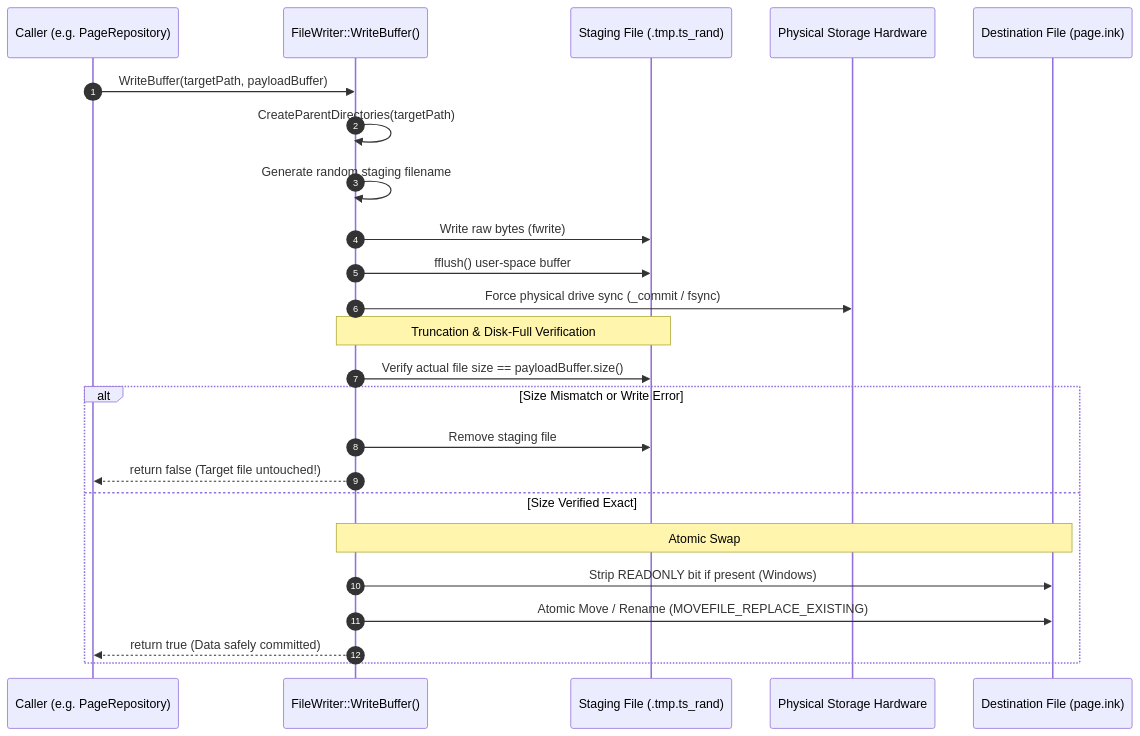
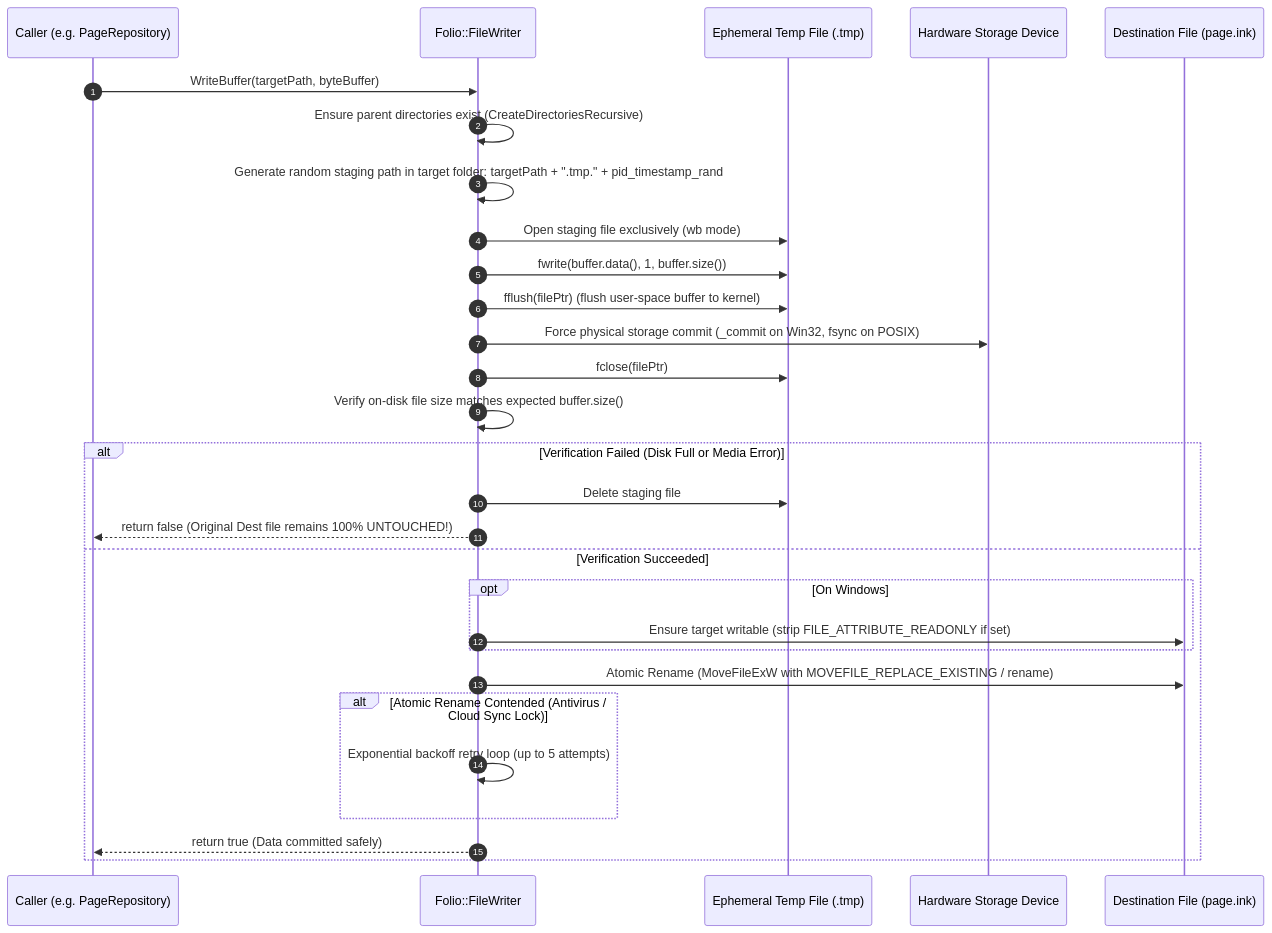
The diagram in src/io/README.md (3dWonderGuy/FolioNote), drawn with Mermaid before and after one commit. The commit also changed other lines of this file and 2243 other files, not shown here.

Commit message:
add application path utilities and generate Doxygen documentation

````diff
--- a/src/io/README.md
+++ b/src/io/README.md
@@ -98,28 +102,32 @@
 ```mermaid
 sequenceDiagram
     autonumber
-    participant Caller as Caller (e.g. PageRepository)
-    participant Writer as FileWriter::WriteBuffer()
-    participant Staging as Staging File (.tmp.ts_rand)
-    participant Disk as Physical Storage Hardware
-    participant Target as Destination File (page.ink)
+    participant App as Caller (e.g. PageRepository)
+    participant Writer as Folio::FileWriter
+    participant FS as Ephemeral Temp File (.tmp)
+    participant HW as Hardware Storage Device
+    participant Dest as Destination File (page.ink)
 
-    Caller->>Writer: WriteBuffer(targetPath, payloadBuffer)
-    Writer->>Writer: CreateParentDirectories(targetPath)
-    Writer->>Writer: Generate random staging filename
-    Writer->>Staging: Write raw bytes (fwrite)
-    Writer->>Staging: fflush() user-space buffer
-    Writer->>Disk: Force physical drive sync (_commit / fsync)
-    
-    Note over Writer,Staging: Truncation & Disk-Full Verification
-    Writer->>Staging: Verify actual file size == payloadBuffer.size()
-    alt Size Mismatch or Write Error
-        Writer->>Staging: Remove staging file
-        Writer-->>Caller: return false (Target file untouched!)
-    else Size Verified Exact
-        Note over Writer,Target: Atomic Swap
-        Writer->>Target: Strip READONLY bit if present (Windows)
-        Writer->>Target: Atomic Move / Rename (MOVEFILE_REPLACE_EXISTING)
-        Writer-->>Caller: return true (Data safely committed)
+    App->>Writer: WriteBuffer(targetPath, byteBuffer)
+    Writer->>Writer: Ensure parent directories exist (CreateDirectoriesRecursive)
+    Writer->>Writer: Generate random staging path in target folder: targetPath + ".tmp." + pid_timestamp_rand
+    Writer->>FS: Open staging file exclusively (wb mode)
+    Writer->>FS: fwrite(buffer.data(), 1, buffer.size())
+    Writer->>FS: fflush(filePtr) (flush user-space buffer to kernel)
+    Writer->>HW: Force physical storage commit (_commit on Win32, fsync on POSIX)
+    Writer->>FS: fclose(filePtr)
+    Writer->>Writer: Verify on-disk file size matches expected buffer.size()
+    alt Verification Failed (Disk Full or Media Error)
+        Writer->>FS: Delete staging file
+        Writer-->>App: return false (Original Dest file remains 100% UNTOUCHED!)
+    else Verification Succeeded
+        opt On Windows
+            Writer->>Dest: Ensure target writable (strip FILE_ATTRIBUTE_READONLY if set)
+        end
+        Writer->>Dest: Atomic Rename (MoveFileExW with MOVEFILE_REPLACE_EXISTING / rename)
+        alt Atomic Rename Contended (Antivirus / Cloud Sync Lock)
+            Writer->>Writer: Exponential backoff retry loop (up to 5 attempts)
+        end
+        Writer-->>App: return true (Data committed safely)
     end
 ```
````
